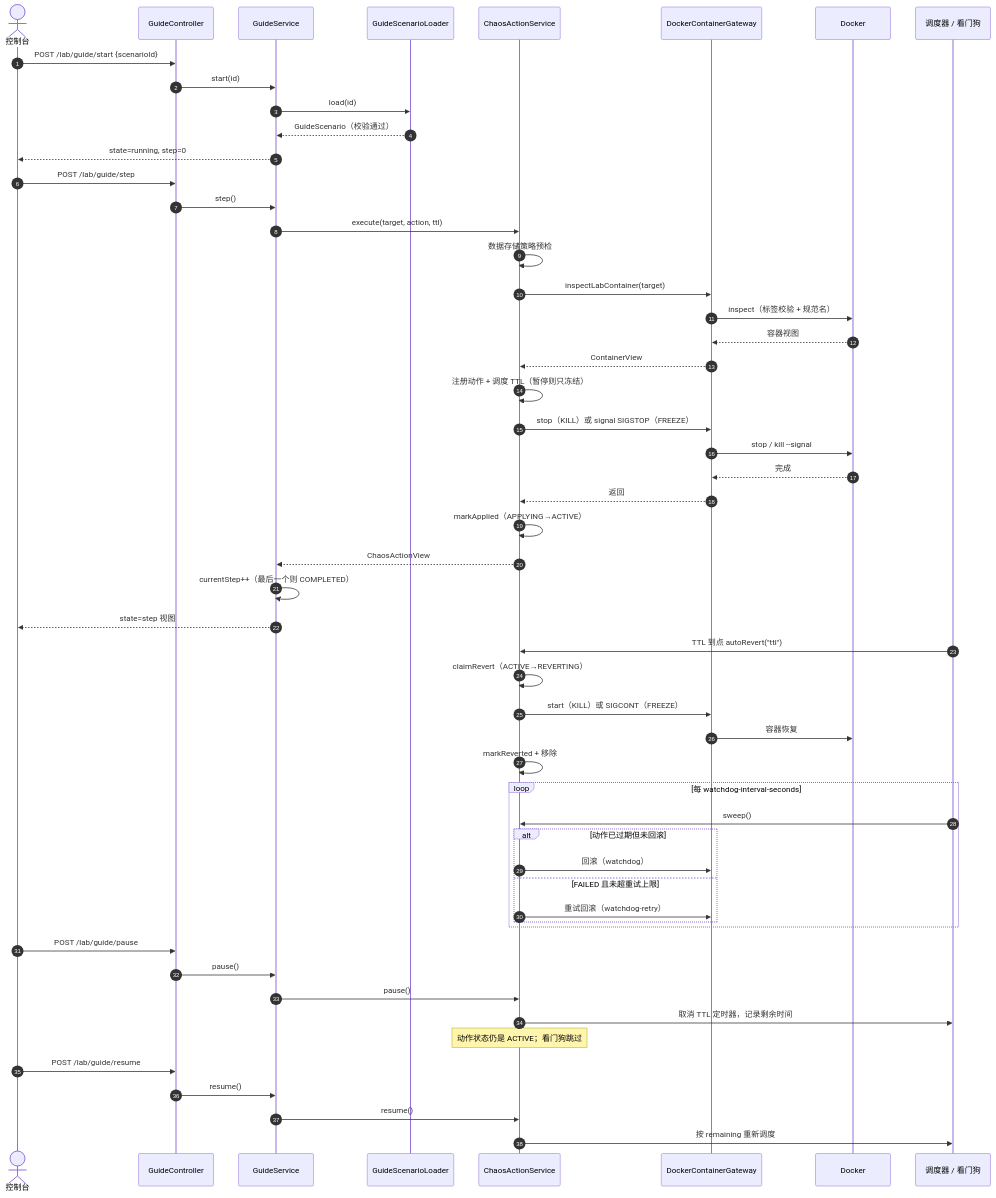
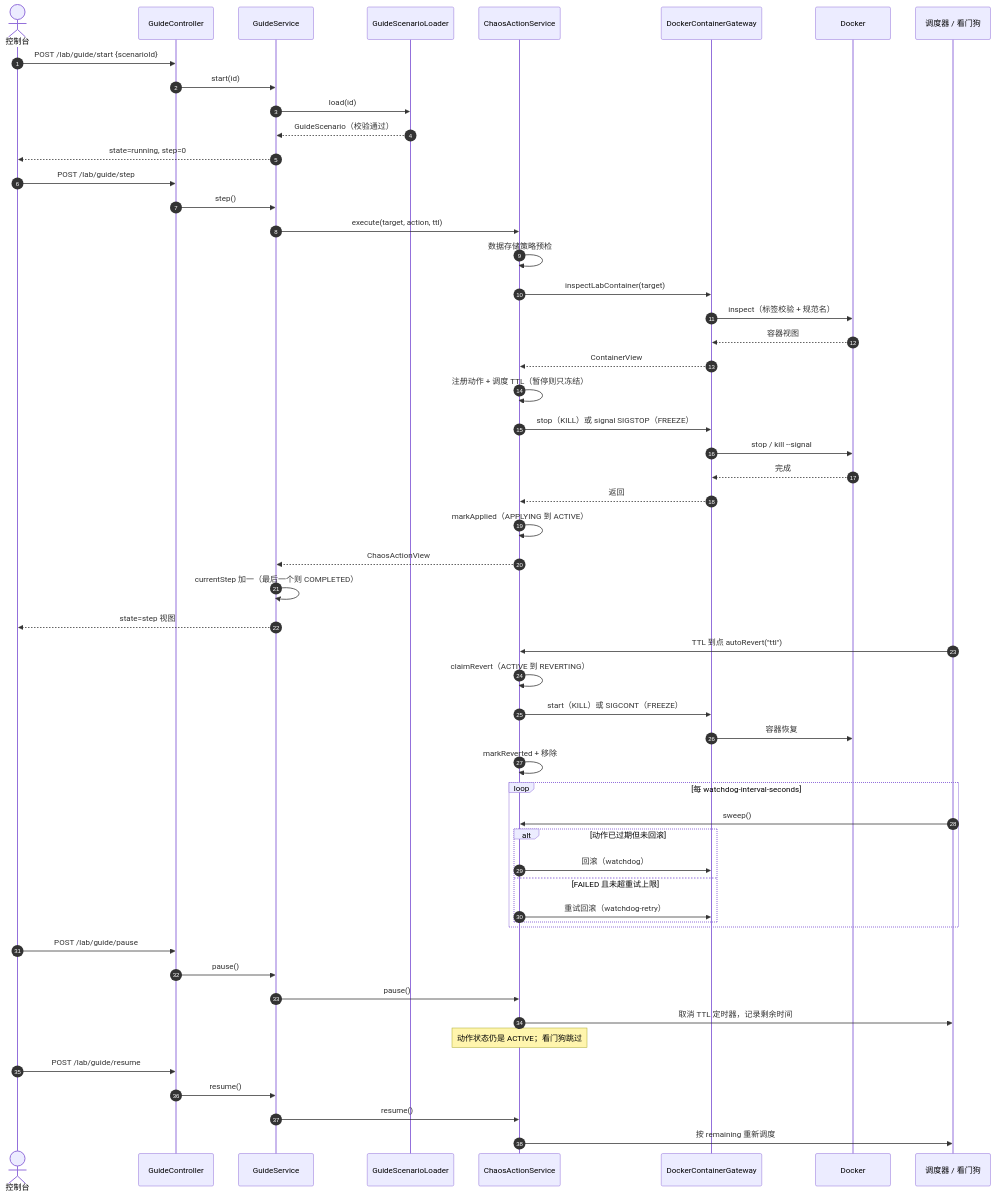
Before and after one commit to GigaEphemeral/test_dashbord: the third of 4 diagrams in doc/design/details/06-故障注入与实验向导.md, drawn with Mermaid. The commit also changed other lines of this file, not shown here.

````diff
--- a/doc/design/details/06-故障注入与实验向导.md
+++ b/doc/design/details/06-故障注入与实验向导.md
@@ -94,61 +94,61 @@
 ```mermaid
 sequenceDiagram
     autonumber
     actor OP as 控制台
     participant GC as GuideController
     participant GS as GuideService
     participant LD as GuideScenarioLoader
     participant AS as ChaosActionService
     participant GW as DockerContainerGateway
     participant DK as Docker
     participant SCH as 调度器 / 看门狗
 
     OP->>GC: POST /lab/guide/start {scenarioId}
     GC->>GS: start(id)
     GS->>LD: load(id)
     LD-->>GS: GuideScenario（校验通过）
     GS-->>OP: state=running, step=0
 
     OP->>GC: POST /lab/guide/step
     GC->>GS: step()
     GS->>AS: execute(target, action, ttl)
     AS->>AS: 数据存储策略预检
     AS->>GW: inspectLabContainer(target)
     GW->>DK: inspect（标签校验 + 规范名）
     DK-->>GW: 容器视图
     GW-->>AS: ContainerView
     AS->>AS: 注册动作 + 调度 TTL（暂停则只冻结）
     AS->>GW: stop（KILL）或 signal SIGSTOP（FREEZE）
     GW->>DK: stop / kill --signal
     DK-->>GW: 完成
     GW-->>AS: 返回
-    AS->>AS: markApplied（APPLYING→ACTIVE）
+    AS->>AS: markApplied（APPLYING 到 ACTIVE）
     AS-->>GS: ChaosActionView
-    GS->>GS: currentStep++（最后一个则 COMPLETED）
+    GS->>GS: currentStep 加一（最后一个则 COMPLETED）
     GS-->>OP: state=step 视图
 
     SCH->>AS: TTL 到点 autoRevert("ttl")
-    AS->>AS: claimRevert（ACTIVE→REVERTING）
+    AS->>AS: claimRevert（ACTIVE 到 REVERTING）
     AS->>GW: start（KILL）或 SIGCONT（FREEZE）
     GW->>DK: 容器恢复
     AS->>AS: markReverted + 移除
 
     loop 每 watchdog-interval-seconds
         SCH->>AS: sweep()
         alt 动作已过期但未回滚
             AS->>GW: 回滚（watchdog）
         else FAILED 且未超重试上限
             AS->>GW: 重试回滚（watchdog-retry）
         end
     end
 
     OP->>GC: POST /lab/guide/pause
     GC->>GS: pause()
     GS->>AS: pause()
     AS->>SCH: 取消 TTL 定时器，记录剩余时间
     Note over AS: 动作状态仍是 ACTIVE；看门狗跳过
     OP->>GC: POST /lab/guide/resume
     GC->>GS: resume()
     GS->>AS: resume()
     AS->>SCH: 按 remaining 重新调度
 ```
````
